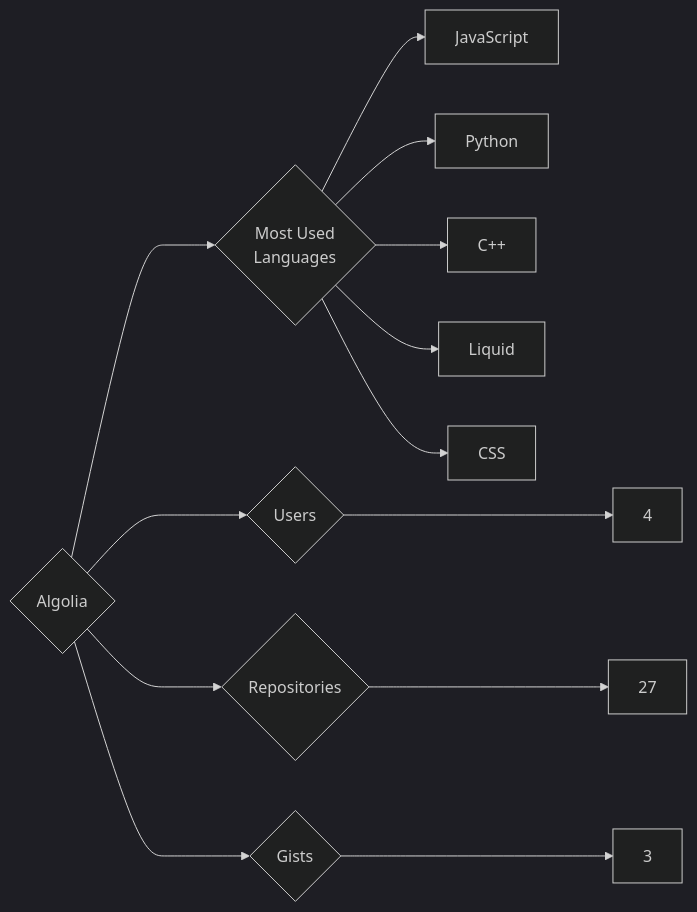
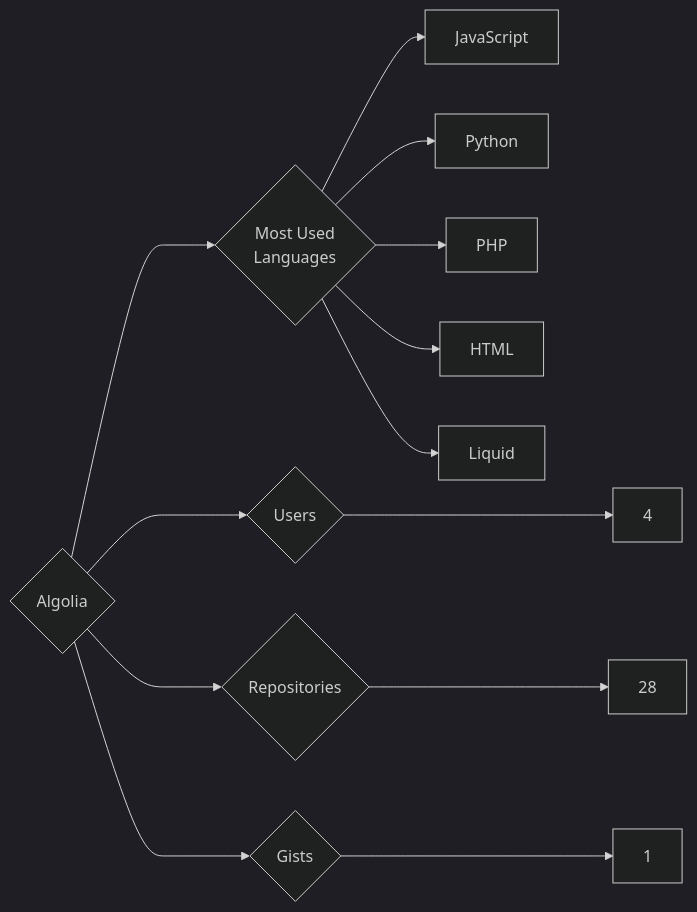
Before and after one commit to trickest/insiders: the diagram in targets/Algolia/README.md, drawn with Mermaid (dark theme). The commit also changed 1212 other files, not shown here.

````diff
--- a/targets/Algolia/README.md
+++ b/targets/Algolia/README.md
@@ -3,13 +3,13 @@
 ```mermaid
 graph LR
 COMPANY_NAME{Algolia}
 COMPANY_NAME ---> U{Users} ---> UN[4]
-COMPANY_NAME ---> R{Repositories} ---> RN[27]
-COMPANY_NAME ---> G{Gists} ---> GN[3]
+COMPANY_NAME ---> R{Repositories} ---> RN[28]
+COMPANY_NAME ---> G{Gists} ---> GN[1]
 COMPANY_NAME ---> ML{Most Used<br>Languages}
 ML --> JavaScript[JavaScript]
 ML --> Python[Python]
-ML --> C++[C++]
+ML --> PHP[PHP]
+ML --> HTML[HTML]
 ML --> Liquid[Liquid]
-ML --> CSS[CSS]
 ```
````
